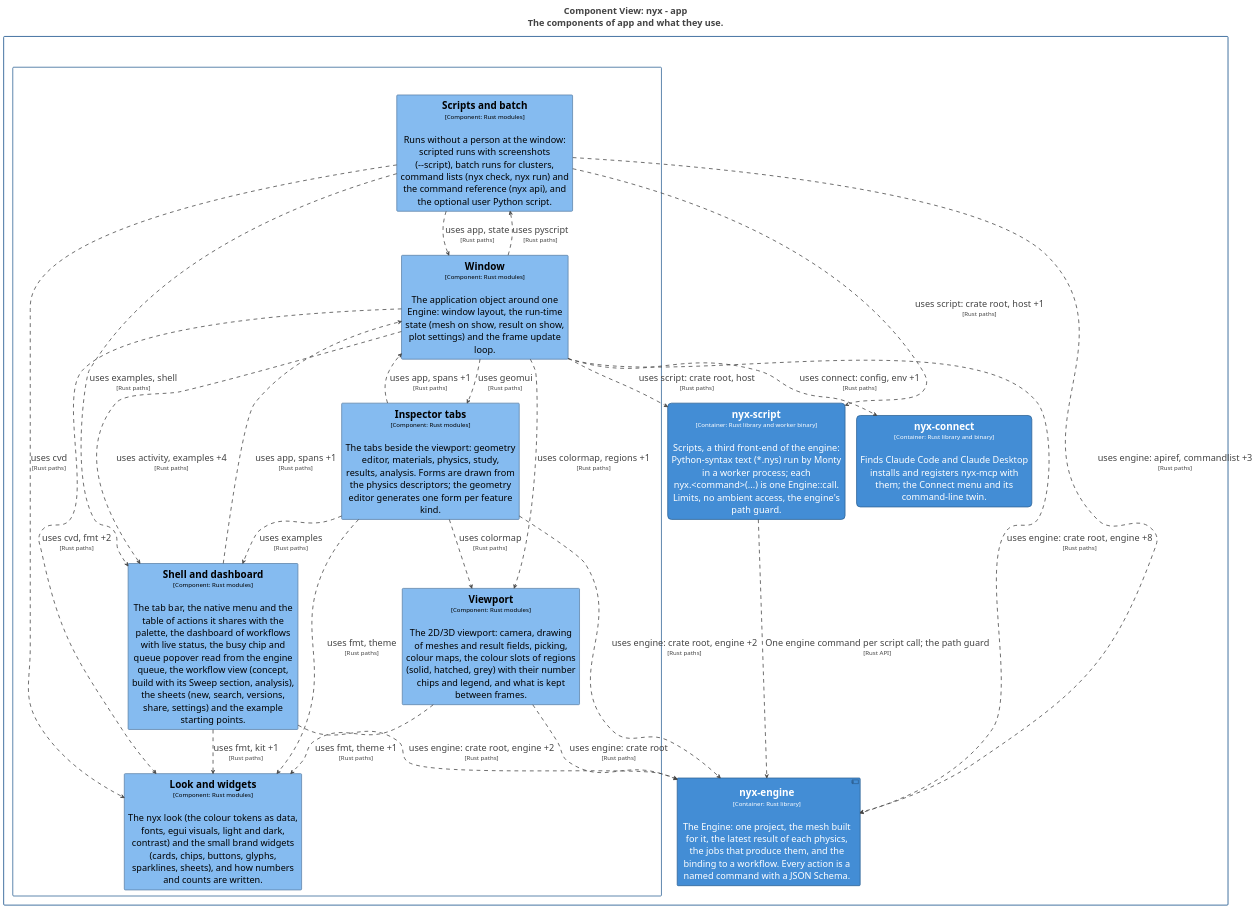
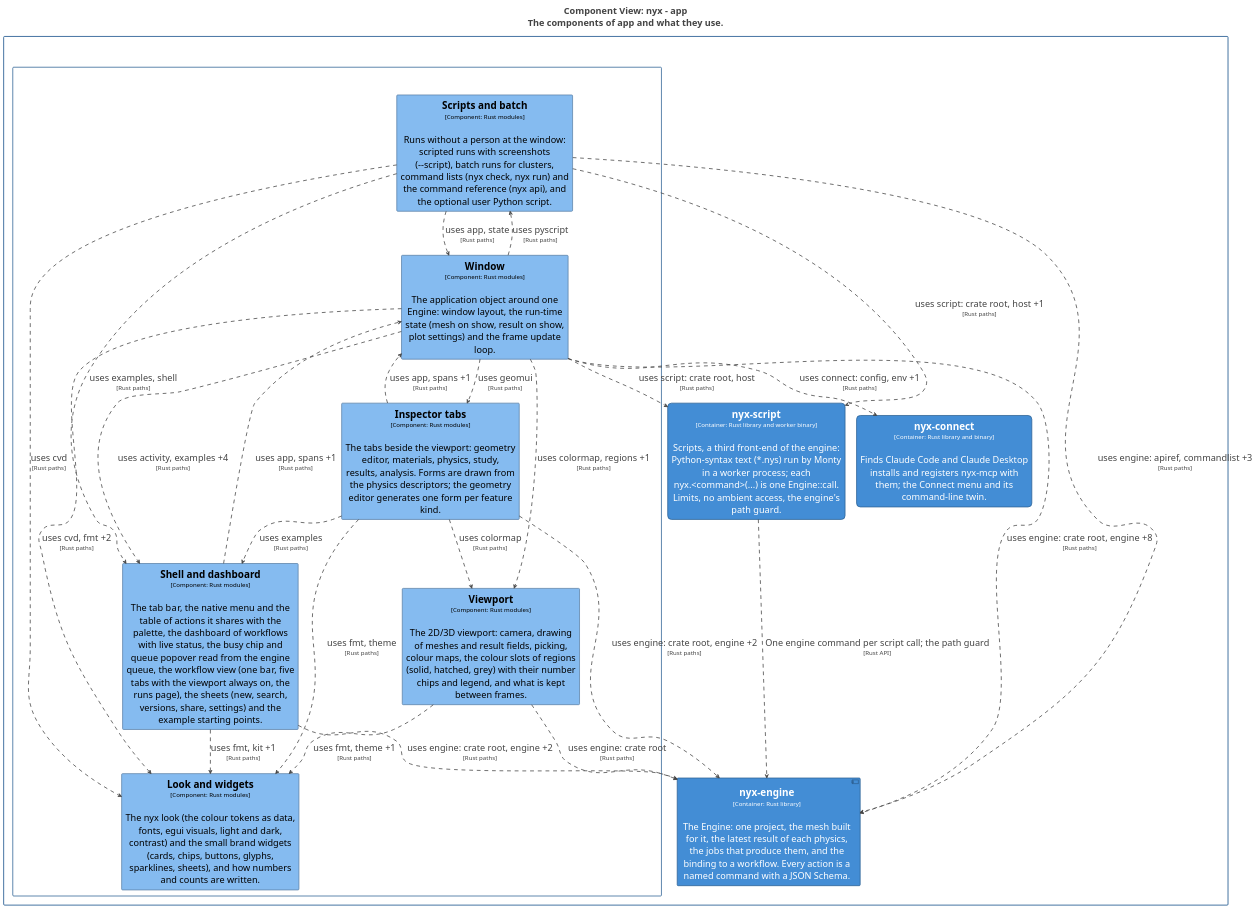
One commit to p-j-r/nyx changed the diagram in docs/architecture/c4/export/plantuml/structurizr-Components_app.puml. Above: the diagram before and after it, drawn with PlantUML. The commit also changed 23 other files, not shown here.

Commit message:
docs: ADR 124 (one bar, five tabs, script dock, physics dropdown), CODE_TO_ADR rows, C4 rebuilt, plan and status updated, shots of the result

```diff
--- a/docs/architecture/c4/export/plantuml/structurizr-Components_app.puml
+++ b/docs/architecture/c4/export/plantuml/structurizr-Components_app.puml
@@ -1,124 +1,124 @@
 @startuml
 title <size:24>Component View: nyx - app</size>\n<size:24>The components of app and what they use.</size>
 
 set separator none
 top to bottom direction
 skinparam ranksep 60
 skinparam nodesep 30
 hide stereotype
 
 <style>
   root {
     BackgroundColor: #ffffff;
     FontColor: #444444;
   }
   // Element,Component
   .Element-RWxlbWVudCxDb21wb25lbnQ= {
     BackgroundColor: #85bbf0;
     LineColor: #5d82a8;
     LineStyle: 0;
     LineThickness: 2;
     FontColor: #000000;
     FontSize: 24;
     HorizontalAlignment: center;
     Shadowing: 0;
     MaximumWidth: 450;
   }
   // Element,Container,Executable
   .Element-RWxlbWVudCxDb250YWluZXIsRXhlY3V0YWJsZQ== {
     BackgroundColor: #438dd5;
     LineColor: #2e6295;
     LineStyle: 0;
     LineThickness: 2;
     RoundCorner: 20;
     FontColor: #ffffff;
     FontSize: 24;
     HorizontalAlignment: center;
     Shadowing: 0;
     MaximumWidth: 450;
   }
   // Element,Container,Library
   .Element-RWxlbWVudCxDb250YWluZXIsTGlicmFyeQ== {
     BackgroundColor: #438dd5;
     LineColor: #2e6295;
     LineStyle: 0;
     LineThickness: 2;
     FontColor: #ffffff;
     FontSize: 24;
     HorizontalAlignment: center;
     Shadowing: 0;
     MaximumWidth: 450;
   }
   // Relationship
   .Relationship-UmVsYXRpb25zaGlw {
     LineThickness: 2;
     LineStyle: 10-10;
     LineColor: #444444;
     FontColor: #444444;
     FontSize: 24;
   }
   // app
   .Boundary-YXBw {
     BackgroundColor: #ffffff;
     LineColor: #2e6295;
     LineStyle: 0;
     LineThickness: 2;
     FontColor: #ffffff;
     FontSize: 24;
     HorizontalAlignment: center;
     Shadowing: 0;
   }
   // nyx
   .Boundary-bnl4 {
     BackgroundColor: #ffffff;
     LineColor: #0b4884;
     LineStyle: 0;
     LineThickness: 2;
     FontColor: #ffffff;
     FontSize: 24;
     HorizontalAlignment: center;
     Shadowing: 0;
   }
 </style>
 
 rectangle "nyx\n<size:16>[Software System]</size>" <<Boundary-bnl4>> {
   rectangle "app\n<size:16>[Container: Rust, eframe/egui]</size>" <<Boundary-YXBw>> {
     rectangle "==Viewport\n<size:16>[Component: Rust modules]</size>\n\nThe 2D/3D viewport: camera, drawing of meshes and result fields, picking, colour maps, the colour slots of regions (solid, hatched, grey) with their number chips and legend, and what is kept between frames." <<Element-RWxlbWVudCxDb21wb25lbnQ=>> as nyx.app.Viewport
     rectangle "==Look and widgets\n<size:16>[Component: Rust modules]</size>\n\nThe nyx look (the colour tokens as data, fonts, egui visuals, light and dark, contrast) and the small brand widgets (cards, chips, buttons, glyphs, sparklines, sheets), and how numbers and counts are written." <<Element-RWxlbWVudCxDb21wb25lbnQ=>> as nyx.app.Lookandwidgets
     rectangle "==Scripts and batch\n<size:16>[Component: Rust modules]</size>\n\nRuns without a person at the window: scripted runs with screenshots (--script), batch runs for clusters, command lists (nyx check, nyx run) and the command reference (nyx api), and the optional user Python script." <<Element-RWxlbWVudCxDb21wb25lbnQ=>> as nyx.app.Scriptsandbatch
     rectangle "==Window\n<size:16>[Component: Rust modules]</size>\n\nThe application object around one Engine: window layout, the run-time state (mesh on show, result on show, plot settings) and the frame update loop." <<Element-RWxlbWVudCxDb21wb25lbnQ=>> as nyx.app.Window
-    rectangle "==Shell and dashboard\n<size:16>[Component: Rust modules]</size>\n\nThe tab bar, the native menu and the table of actions it shares with the palette, the dashboard of workflows with live status, the busy chip and queue popover read from the engine queue, the workflow view (concept, build with its Sweep section, analysis), the sheets (new, search, versions, share, settings) and the example starting points." <<Element-RWxlbWVudCxDb21wb25lbnQ=>> as nyx.app.Shellanddashboard
+    rectangle "==Shell and dashboard\n<size:16>[Component: Rust modules]</size>\n\nThe tab bar, the native menu and the table of actions it shares with the palette, the dashboard of workflows with live status, the busy chip and queue popover read from the engine queue, the workflow view (one bar, five tabs with the viewport always on, the runs page), the sheets (new, search, versions, share, settings) and the example starting points." <<Element-RWxlbWVudCxDb21wb25lbnQ=>> as nyx.app.Shellanddashboard
     rectangle "==Inspector tabs\n<size:16>[Component: Rust modules]</size>\n\nThe tabs beside the viewport: geometry editor, materials, physics, study, results, analysis. Forms are drawn from the physics descriptors; the geometry editor generates one form per feature kind." <<Element-RWxlbWVudCxDb21wb25lbnQ=>> as nyx.app.Inspectortabs
   }
 
   rectangle "==nyx-script\n<size:16>[Container: Rust library and worker binary]</size>\n\nScripts, a third front-end of the engine: Python-syntax text (*.nys) run by Monty in a worker process; each nyx.<command>(...) is one Engine::call. Limits, no ambient access, the engine's path guard." <<Element-RWxlbWVudCxDb250YWluZXIsRXhlY3V0YWJsZQ==>> as nyx.nyxscript
   rectangle "==nyx-connect\n<size:16>[Container: Rust library and binary]</size>\n\nFinds Claude Code and Claude Desktop installs and registers nyx-mcp with them; the Connect menu and its command-line twin." <<Element-RWxlbWVudCxDb250YWluZXIsRXhlY3V0YWJsZQ==>> as nyx.nyxconnect
   component "==nyx-engine\n<size:16>[Container: Rust library]</size>\n\nThe Engine: one project, the mesh built for it, the latest result of each physics, the jobs that produce them, and the binding to a workflow. Every action is a named command with a JSON Schema." <<Element-RWxlbWVudCxDb250YWluZXIsTGlicmFyeQ==>> as nyx.nyxengine
 }
 
 nyx.nyxscript --> nyx.nyxengine <<Relationship-UmVsYXRpb25zaGlw>> : "One engine command per script call; the path guard\n<size:16>[Rust API]</size>"
 nyx.app.Scriptsandbatch --> nyx.nyxengine <<Relationship-UmVsYXRpb25zaGlw>> : "uses engine: apiref, commandlist +3\n<size:16>[Rust paths]</size>"
 nyx.app.Scriptsandbatch --> nyx.nyxscript <<Relationship-UmVsYXRpb25zaGlw>> : "uses script: crate root, host +1\n<size:16>[Rust paths]</size>"
 nyx.app.Scriptsandbatch --> nyx.app.Shellanddashboard <<Relationship-UmVsYXRpb25zaGlw>> : "uses examples, shell\n<size:16>[Rust paths]</size>"
 nyx.app.Scriptsandbatch --> nyx.app.Lookandwidgets <<Relationship-UmVsYXRpb25zaGlw>> : "uses cvd\n<size:16>[Rust paths]</size>"
 nyx.app.Scriptsandbatch --> nyx.app.Window <<Relationship-UmVsYXRpb25zaGlw>> : "uses app, state\n<size:16>[Rust paths]</size>"
 nyx.app.Inspectortabs --> nyx.nyxengine <<Relationship-UmVsYXRpb25zaGlw>> : "uses engine: crate root, engine +2\n<size:16>[Rust paths]</size>"
 nyx.app.Inspectortabs --> nyx.app.Shellanddashboard <<Relationship-UmVsYXRpb25zaGlw>> : "uses examples\n<size:16>[Rust paths]</size>"
 nyx.app.Inspectortabs --> nyx.app.Lookandwidgets <<Relationship-UmVsYXRpb25zaGlw>> : "uses fmt, theme\n<size:16>[Rust paths]</size>"
 nyx.app.Inspectortabs --> nyx.app.Viewport <<Relationship-UmVsYXRpb25zaGlw>> : "uses colormap\n<size:16>[Rust paths]</size>"
 nyx.app.Inspectortabs --> nyx.app.Window <<Relationship-UmVsYXRpb25zaGlw>> : "uses app, spans +1\n<size:16>[Rust paths]</size>"
 nyx.app.Shellanddashboard --> nyx.nyxengine <<Relationship-UmVsYXRpb25zaGlw>> : "uses engine: crate root, engine +2\n<size:16>[Rust paths]</size>"
 nyx.app.Shellanddashboard --> nyx.app.Lookandwidgets <<Relationship-UmVsYXRpb25zaGlw>> : "uses fmt, kit +1\n<size:16>[Rust paths]</size>"
 nyx.app.Shellanddashboard --> nyx.app.Window <<Relationship-UmVsYXRpb25zaGlw>> : "uses app, spans +1\n<size:16>[Rust paths]</size>"
 nyx.app.Viewport --> nyx.nyxengine <<Relationship-UmVsYXRpb25zaGlw>> : "uses engine: crate root\n<size:16>[Rust paths]</size>"
 nyx.app.Viewport --> nyx.app.Lookandwidgets <<Relationship-UmVsYXRpb25zaGlw>> : "uses fmt, theme +1\n<size:16>[Rust paths]</size>"
 nyx.app.Window --> nyx.nyxconnect <<Relationship-UmVsYXRpb25zaGlw>> : "uses connect: config, env +1\n<size:16>[Rust paths]</size>"
 nyx.app.Window --> nyx.nyxengine <<Relationship-UmVsYXRpb25zaGlw>> : "uses engine: crate root, engine +8\n<size:16>[Rust paths]</size>"
 nyx.app.Window --> nyx.nyxscript <<Relationship-UmVsYXRpb25zaGlw>> : "uses script: crate root, host\n<size:16>[Rust paths]</size>"
 nyx.app.Window --> nyx.app.Scriptsandbatch <<Relationship-UmVsYXRpb25zaGlw>> : "uses pyscript\n<size:16>[Rust paths]</size>"
 nyx.app.Window --> nyx.app.Inspectortabs <<Relationship-UmVsYXRpb25zaGlw>> : "uses geomui\n<size:16>[Rust paths]</size>"
 nyx.app.Window --> nyx.app.Shellanddashboard <<Relationship-UmVsYXRpb25zaGlw>> : "uses activity, examples +4\n<size:16>[Rust paths]</size>"
 nyx.app.Window --> nyx.app.Lookandwidgets <<Relationship-UmVsYXRpb25zaGlw>> : "uses cvd, fmt +2\n<size:16>[Rust paths]</size>"
 nyx.app.Window --> nyx.app.Viewport <<Relationship-UmVsYXRpb25zaGlw>> : "uses colormap, regions +1\n<size:16>[Rust paths]</size>"
 
 @enduml
```
